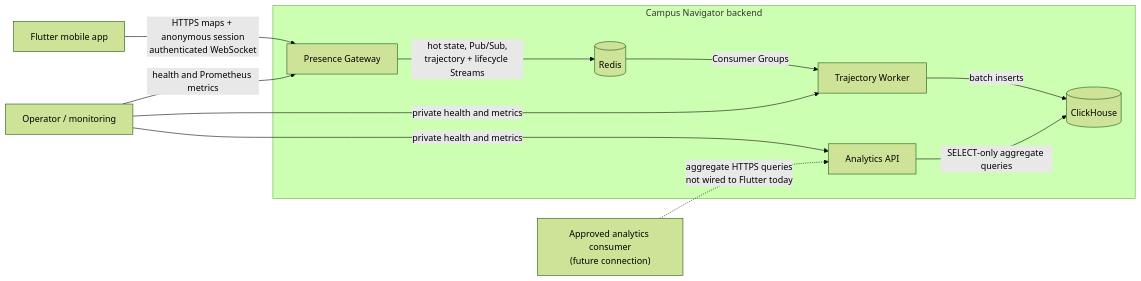
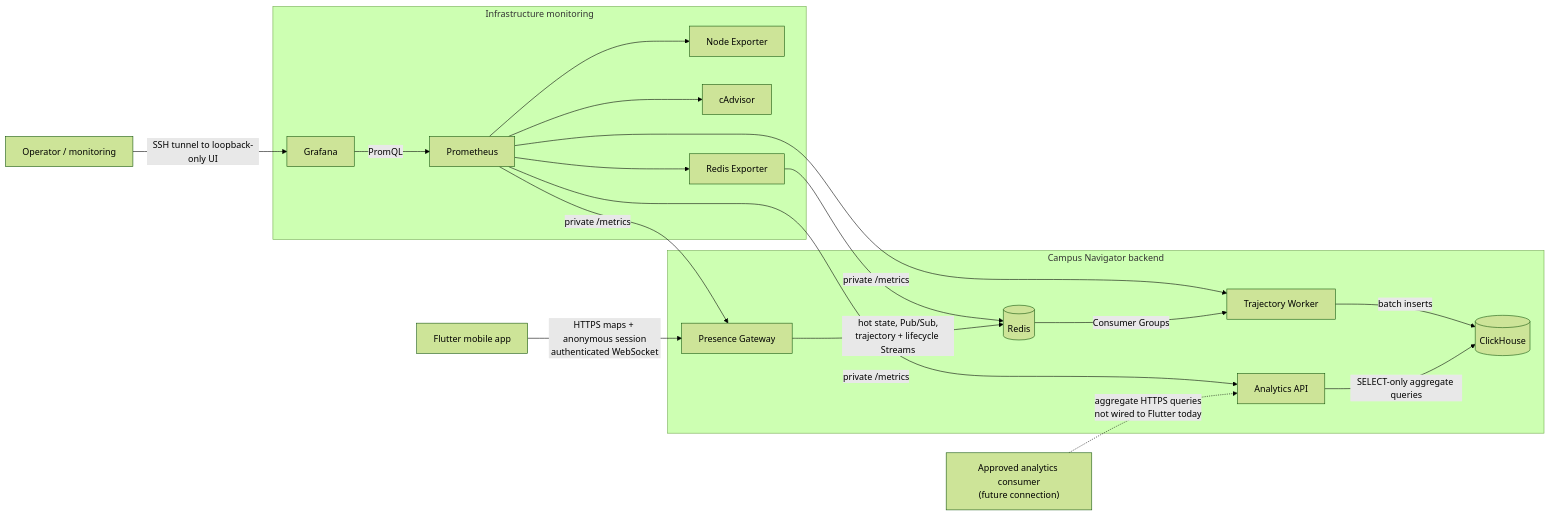
One commit to muliang0711/Tarumt-arena-indoor-navigation-app changed the first of 6 diagrams in tarumt-nav-app/docs/backend/architecture.md. Above: the diagram before and after it, drawn with Mermaid (forest theme). The commit also changed other lines of this file and 6 other files, not shown here.

````diff
--- a/tarumt-nav-app/docs/backend/architecture.md
+++ b/tarumt-nav-app/docs/backend/architecture.md
@@ -9,25 +9,39 @@
 ```mermaid
 flowchart LR
     Mobile["Flutter mobile app"]
     Operator["Operator / monitoring"]
     Consumer["Approved analytics consumer<br/>(future connection)"]
 
     subgraph Backend["Campus Navigator backend"]
         Gateway["Presence Gateway"]
         Worker["Trajectory Worker"]
         Analytics["Analytics API"]
         Redis[("Redis")]
         ClickHouse[("ClickHouse")]
     end
 
+    subgraph Monitoring["Infrastructure monitoring"]
+        Grafana["Grafana"]
+        Prometheus["Prometheus"]
+        NodeExporter["Node Exporter"]
+        CAdvisor["cAdvisor"]
+        RedisExporter["Redis Exporter"]
+    end
+
     Mobile -->|"HTTPS maps + anonymous session<br/>authenticated WebSocket"| Gateway
-    Operator -->|"health and Prometheus metrics"| Gateway
-    Operator -->|"private health and metrics"| Worker
-    Operator -->|"private health and metrics"| Analytics
+    Operator -->|"SSH tunnel to loopback-only UI"| Grafana
+    Grafana -->|"PromQL"| Prometheus
+    Prometheus -->|"private /metrics"| Gateway
+    Prometheus -->|"private /metrics"| Worker
+    Prometheus -->|"private /metrics"| Analytics
+    Prometheus --> NodeExporter
+    Prometheus --> CAdvisor
+    Prometheus --> RedisExporter
+    RedisExporter --> Redis
     Consumer -.->|"aggregate HTTPS queries<br/>not wired to Flutter today"| Analytics
 
     Gateway -->|"hot state, Pub/Sub,<br/>trajectory + lifecycle Streams"| Redis
     Redis -->|"Consumer Groups"| Worker
     Worker -->|"batch inserts"| ClickHouse
     Analytics -->|"SELECT-only aggregate queries"| ClickHouse
 ```
````
